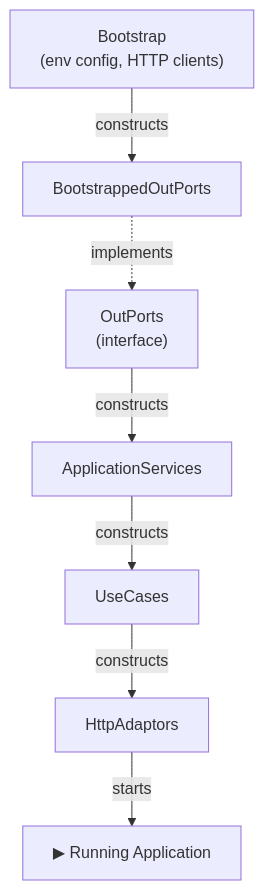
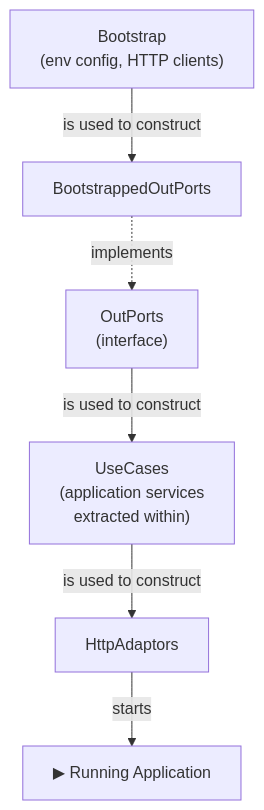
One commit to gypsydave5/gypsydave5.github.io changed the second of 4 diagrams in posts/an_approach_to_testing_a_ports_and_adaptors_web_application.md. Above: the diagram before and after it, drawn with Mermaid. The commit also changed other lines of this file, not shown here.

First line of the commit message:
Fold application services into the use case layer

````diff
--- a/posts/an_approach_to_testing_a_ports_and_adaptors_web_application.md
+++ b/posts/an_approach_to_testing_a_ports_and_adaptors_web_application.md
@@ -230,12 +231,11 @@
 ```mermaid
 flowchart TD
     Bootstrap["Bootstrap<br>(env config, HTTP clients)"]
 
-    Bootstrap -->|"constructs"| BOP["BootstrappedOutPorts"]
+    Bootstrap -->|"is used to construct"| BOP["BootstrappedOutPorts"]
     BOP -. "implements" .-> OP["OutPorts<br>(interface)"]
 
-    OP -->|"constructs"| AS["ApplicationServices"]
-    AS -->|"constructs"| UC["UseCases"]
-    UC -->|"constructs"| HA["HttpAdaptors"]
+    OP -->|"is used to construct"| UC["UseCases<br>(application services<br>extracted within)"]
+    UC -->|"is used to construct"| HA["HttpAdaptors"]
     HA -->|"starts"| App["▶ Running Application"]
 ```
````
